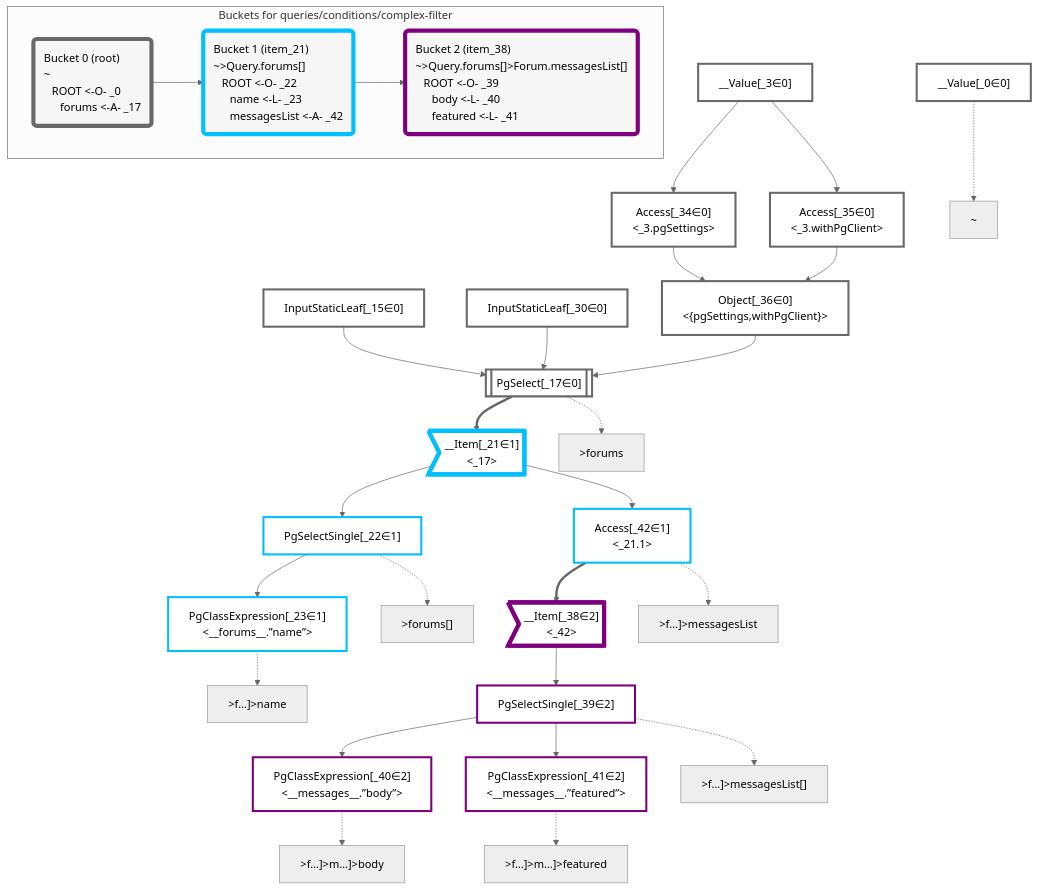
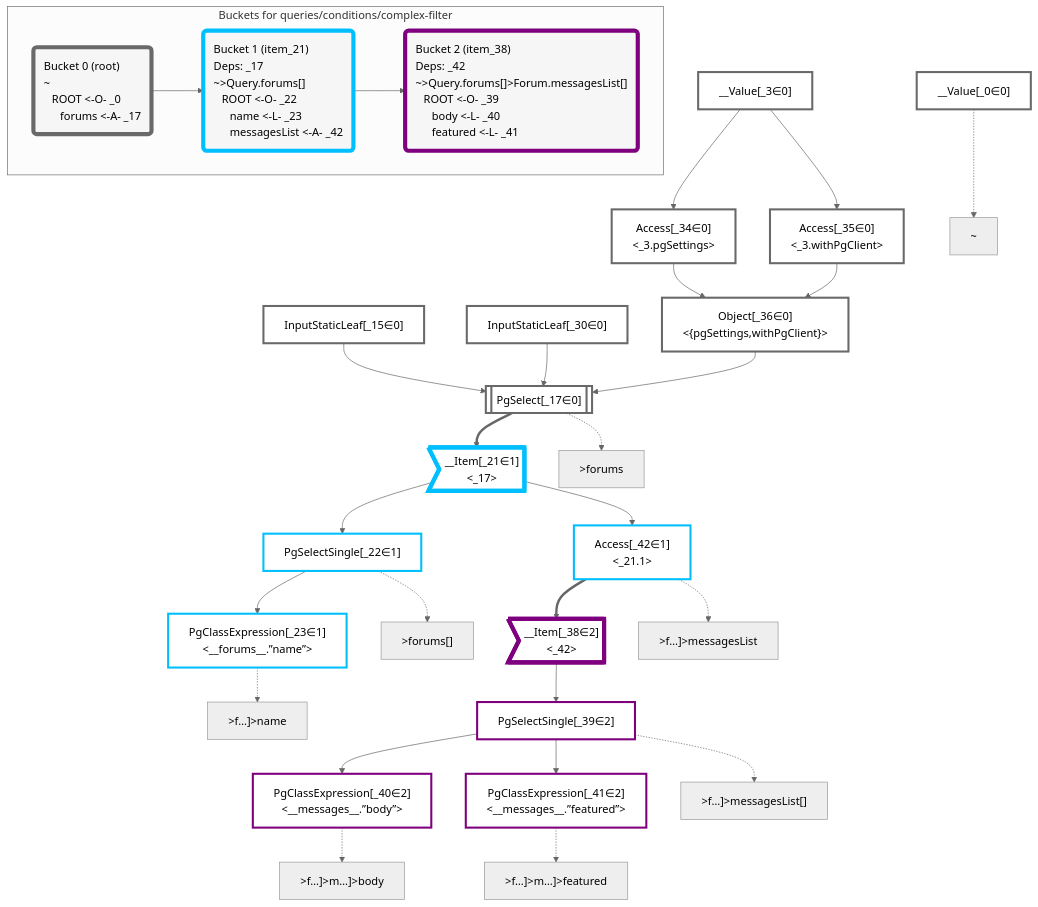
The diagram in packages/dataplan-pg/__tests__/queries/conditions/complex-filter.mermaid.md (graphile/crystal), drawn with Mermaid (neutral theme) before and after one commit. The commit also changed 157 other files, not shown here.

Commit message:
Add deps to all query snapshots

````diff
--- a/packages/dataplan-pg/__tests__/queries/conditions/complex-filter.mermaid.md
+++ b/packages/dataplan-pg/__tests__/queries/conditions/complex-filter.mermaid.md
@@ -1,81 +1,81 @@
 ```mermaid
 graph TD
     classDef path fill:#eee,stroke:#000,color:#000
     classDef plan fill:#fff,stroke-width:3px,color:#000
     classDef itemplan fill:#fff,stroke-width:6px,color:#000
     classDef sideeffectplan fill:#f00,stroke-width:6px,color:#000
     classDef bucket fill:#f6f6f6,color:#000,stroke-width:6px,text-align:left
 
 
     %% define plans
     __Value_0["__Value[_0∈0]"]:::plan
     __Value_3["__Value[_3∈0]<br /><context>"]:::plan
     InputStaticLeaf_15["InputStaticLeaf[_15∈0]"]:::plan
     PgSelect_17[["PgSelect[_17∈0]<br /><forums>"]]:::plan
     __Item_21>"__Item[_21∈1]<br /><_17>"]:::itemplan
     PgSelectSingle_22["PgSelectSingle[_22∈1]<br /><forums>"]:::plan
     PgClassExpression_23["PgClassExpression[_23∈1]<br /><__forums__.”name”>"]:::plan
     InputStaticLeaf_30["InputStaticLeaf[_30∈0]"]:::plan
     Access_34["Access[_34∈0]<br /><_3.pgSettings>"]:::plan
     Access_35["Access[_35∈0]<br /><_3.withPgClient>"]:::plan
     Object_36["Object[_36∈0]<br /><{pgSettings,withPgClient}>"]:::plan
     __Item_38>"__Item[_38∈2]<br /><_42>"]:::itemplan
     PgSelectSingle_39["PgSelectSingle[_39∈2]<br /><messages>"]:::plan
     PgClassExpression_40["PgClassExpression[_40∈2]<br /><__messages__.”body”>"]:::plan
     PgClassExpression_41["PgClassExpression[_41∈2]<br /><__messages__.”featured”>"]:::plan
     Access_42["Access[_42∈1]<br /><_21.1>"]:::plan
 
     %% plan dependencies
     Object_36 --> PgSelect_17
     InputStaticLeaf_15 --> PgSelect_17
     InputStaticLeaf_30 --> PgSelect_17
     PgSelect_17 ==> __Item_21
     __Item_21 --> PgSelectSingle_22
     PgSelectSingle_22 --> PgClassExpression_23
     __Value_3 --> Access_34
     __Value_3 --> Access_35
     Access_34 --> Object_36
     Access_35 --> Object_36
     Access_42 ==> __Item_38
     __Item_38 --> PgSelectSingle_39
     PgSelectSingle_39 --> PgClassExpression_40
     PgSelectSingle_39 --> PgClassExpression_41
     __Item_21 --> Access_42
 
     %% plan-to-path relationships
     P_0["~"]
     __Value_0 -.-> P_0
     P_17[">forums"]
     PgSelect_17 -.-> P_17
     P_22[">forums[]"]
     PgSelectSingle_22 -.-> P_22
     P_23[">f…]>name"]
     PgClassExpression_23 -.-> P_23
     P_39[">f…]>messagesList[]"]
     PgSelectSingle_39 -.-> P_39
     P_40[">f…]>m…]>body"]
     PgClassExpression_40 -.-> P_40
     P_41[">f…]>m…]>featured"]
     PgClassExpression_41 -.-> P_41
     P_42[">f…]>messagesList"]
     Access_42 -.-> P_42
 
     %% allocate buckets
     classDef bucket0 stroke:#696969
     class __Value_0,__Value_3,InputStaticLeaf_15,PgSelect_17,InputStaticLeaf_30,Access_34,Access_35,Object_36 bucket0
     classDef bucket1 stroke:#00bfff
     class __Item_21,PgSelectSingle_22,PgClassExpression_23,Access_42 bucket1
     classDef bucket2 stroke:#7f007f
     class __Item_38,PgSelectSingle_39,PgClassExpression_40,PgClassExpression_41 bucket2
 
     subgraph "Buckets for queries/conditions/complex-filter"
     Bucket0("Bucket 0 (root)<br />~<br />⠀ROOT <-O- _0<br />⠀⠀forums <-A- _17"):::bucket
     style Bucket0 stroke:#696969
-    Bucket1("Bucket 1 (item_21)<br />~>Query.forums[]<br />⠀ROOT <-O- _22<br />⠀⠀name <-L- _23<br />⠀⠀messagesList <-A- _42"):::bucket
+    Bucket1("Bucket 1 (item_21)<br />Deps: _17<br />~>Query.forums[]<br />⠀ROOT <-O- _22<br />⠀⠀name <-L- _23<br />⠀⠀messagesList <-A- _42"):::bucket
     style Bucket1 stroke:#00bfff
     Bucket0 --> Bucket1
-    Bucket2("Bucket 2 (item_38)<br />~>Query.forums[]>Forum.messagesList[]<br />⠀ROOT <-O- _39<br />⠀⠀body <-L- _40<br />⠀⠀featured <-L- _41"):::bucket
+    Bucket2("Bucket 2 (item_38)<br />Deps: _42<br />~>Query.forums[]>Forum.messagesList[]<br />⠀ROOT <-O- _39<br />⠀⠀body <-L- _40<br />⠀⠀featured <-L- _41"):::bucket
     style Bucket2 stroke:#7f007f
     Bucket1 --> Bucket2
     end
 ```
````
